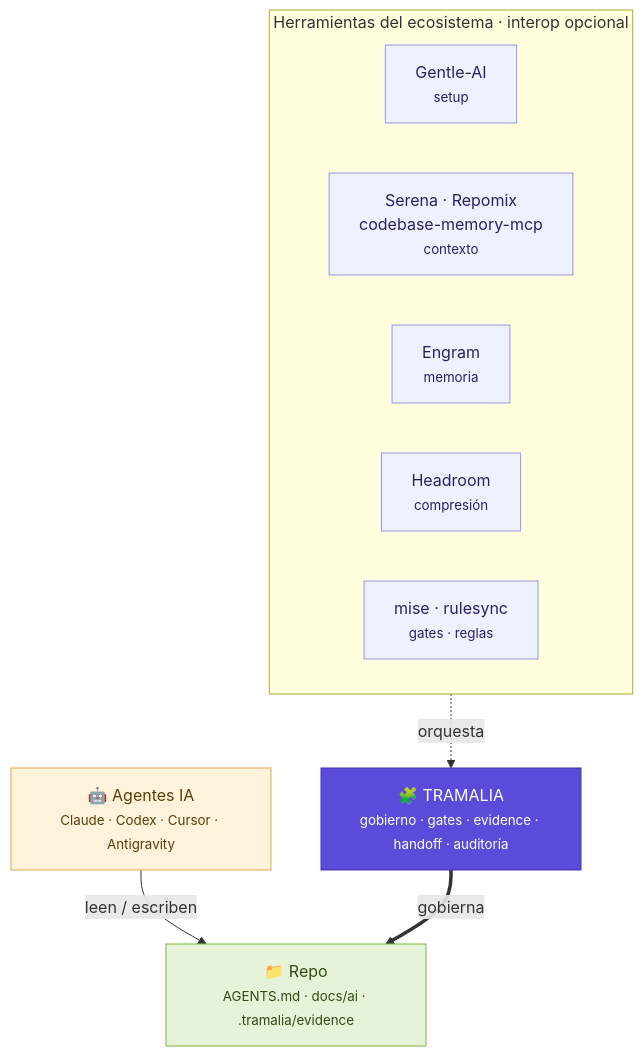
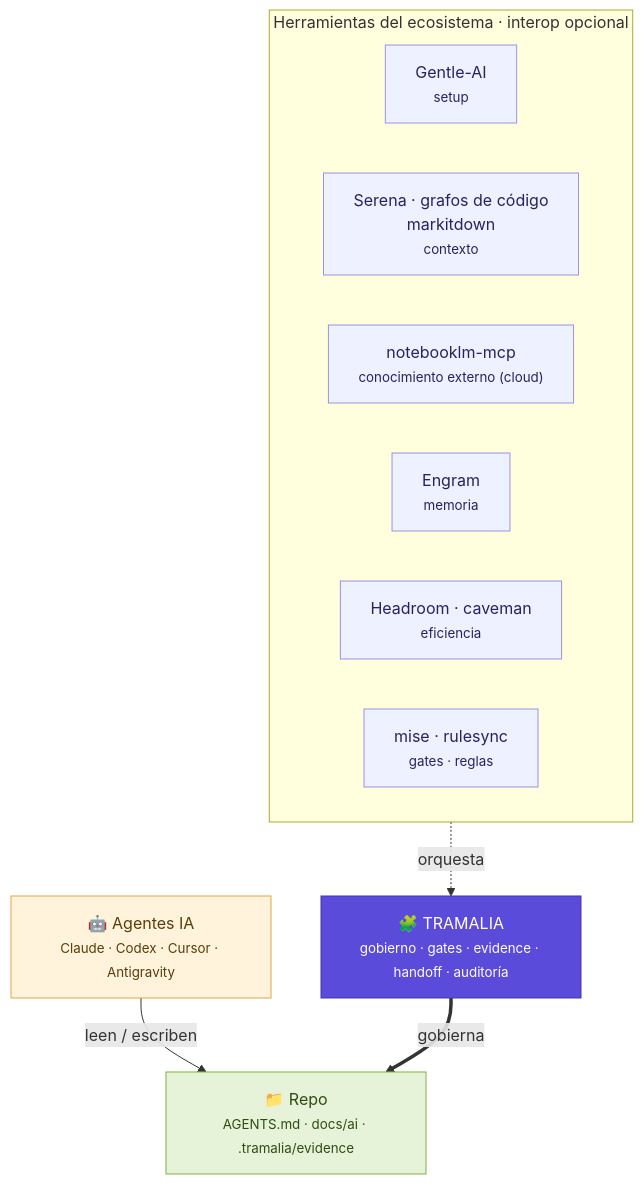
The diagram in docs/index.md (MscottB/tramalia), drawn with Mermaid before and after one commit. The commit also changed other lines of this file and 21 other files, not shown here.

First line of the commit message:
docs: revisión completa — reflejar CodeGraph/Graphify/markitdown/notebooklm-mcp, i18n, horizontes y guardia de init

````diff
--- a/docs/index.md
+++ b/docs/index.md
@@ -50,25 +50,26 @@
 ```mermaid
 flowchart TB
     classDef core fill:#5b4bdb,stroke:#4335b0,color:#ffffff;
     classDef sat  fill:#eef1ff,stroke:#9a92e8,color:#2a2160;
     classDef repo fill:#e7f3d8,stroke:#7cb342,color:#2e4d13;
     classDef agent fill:#fff3dc,stroke:#e0a44a,color:#5a3d0a;
 
     AG["🤖 Agentes IA<br/><small>Claude · Codex · Cursor · Antigravity</small>"]:::agent
 
     subgraph TOOLS["Herramientas del ecosistema · interop opcional"]
       direction LR
       GA["Gentle-AI<br/><small>setup</small>"]:::sat
-      CX["Serena · Repomix<br/>codebase-memory-mcp<br/><small>contexto</small>"]:::sat
+      CX["Serena · grafos de código<br/>markitdown<br/><small>contexto</small>"]:::sat
+      KN["notebooklm-mcp<br/><small>conocimiento externo (cloud)</small>"]:::sat
       EN["Engram<br/><small>memoria</small>"]:::sat
-      HR["Headroom<br/><small>compresión</small>"]:::sat
+      HR["Headroom · caveman<br/><small>eficiencia</small>"]:::sat
       MR["mise · rulesync<br/><small>gates · reglas</small>"]:::sat
     end
 
     T["🧩 TRAMALIA<br/><small>gobierno · gates · evidence · handoff · auditoría</small>"]:::core
     R["📁 Repo<br/><small>AGENTS.md · docs/ai · .tramalia/evidence</small>"]:::repo
 
     AG -->|leen / escriben| R
     TOOLS -. orquesta .-> T
     T ==>|gobierna| R
 ```
````
